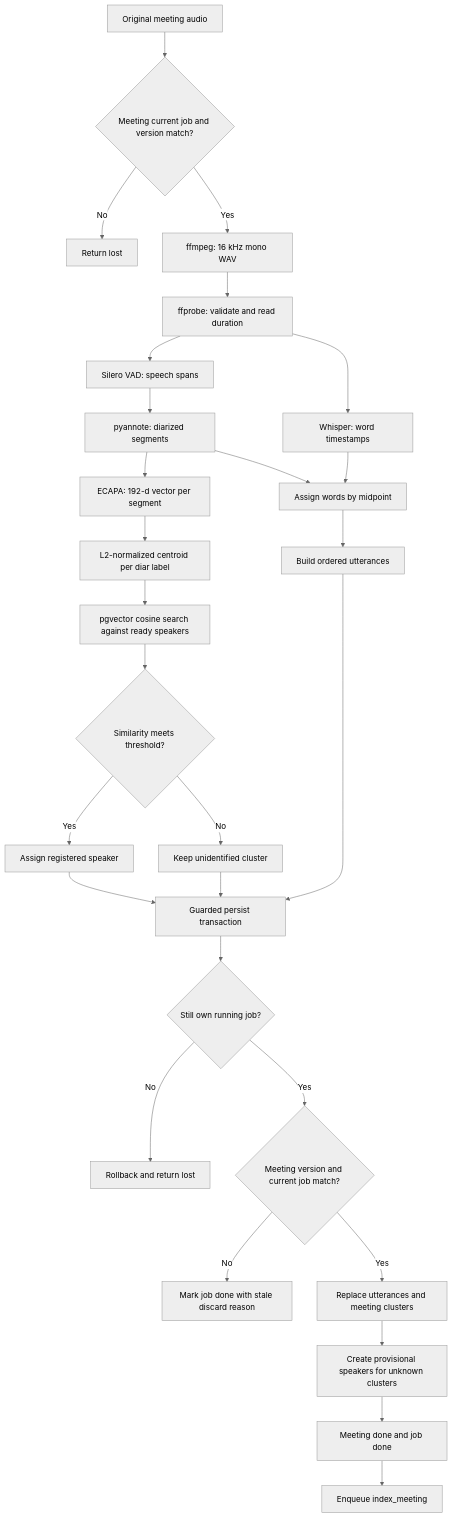
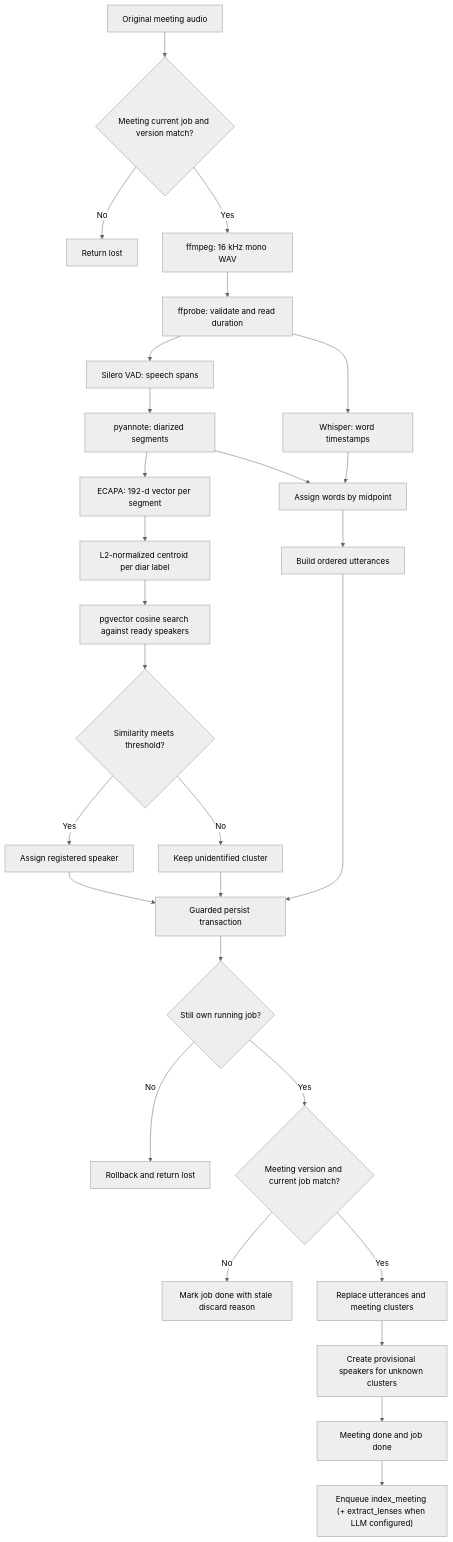
The fourth of 8 diagrams in be/docs/worker-architecture.md (Yjason-K/Damwha), drawn with Mermaid (neutral theme) before and after one commit. The commit also changed other lines of this file, not shown here.

Commit message:
docs: document extract_lenses job in worker architecture (pre-existing working-tree update)

````diff
--- a/be/docs/worker-architecture.md
+++ b/be/docs/worker-architecture.md
@@ -206,32 +213,32 @@
 ```mermaid
 flowchart TD
     input["Original meeting audio"] --> guardStart{"Meeting current job and version match?"}
     guardStart -->|"No"| lost["Return lost"]
     guardStart -->|"Yes"| normalize["ffmpeg: 16 kHz mono WAV"]
     normalize --> probe["ffprobe: validate and read duration"]
     probe --> vad["Silero VAD: speech spans"]
     vad --> diar["pyannote: diarized segments"]
     diar --> ecapa["ECAPA: 192-d vector per segment"]
     ecapa --> centroid["L2-normalized centroid per diar label"]
     centroid --> identify["pgvector cosine search against ready speakers"]
     identify --> matched{"Similarity meets threshold?"}
     matched -->|"Yes"| known["Assign registered speaker"]
     matched -->|"No"| unknown["Keep unidentified cluster"]
 
     probe --> stt["Whisper: word timestamps"]
     diar --> align["Assign words by midpoint"]
     stt --> align
     align --> utterance["Build ordered utterances"]
     known --> persist["Guarded persist transaction"]
     unknown --> persist
     utterance --> persist
 
     persist --> jobGuard{"Still own running job?"}
     jobGuard -->|"No"| rollback["Rollback and return lost"]
     jobGuard -->|"Yes"| meetingGuard{"Meeting version and current job match?"}
     meetingGuard -->|"No"| stale["Mark job done with stale discard reason"]
     meetingGuard -->|"Yes"| replace["Replace utterances and meeting clusters"]
     replace --> provisional["Create provisional speakers for unknown clusters"]
     provisional --> complete["Meeting done and job done"]
-    complete --> enqueueIndex["Enqueue index_meeting"]
+    complete --> enqueueIndex["Enqueue index_meeting (+ extract_lenses when LLM configured)"]
 ```
````
